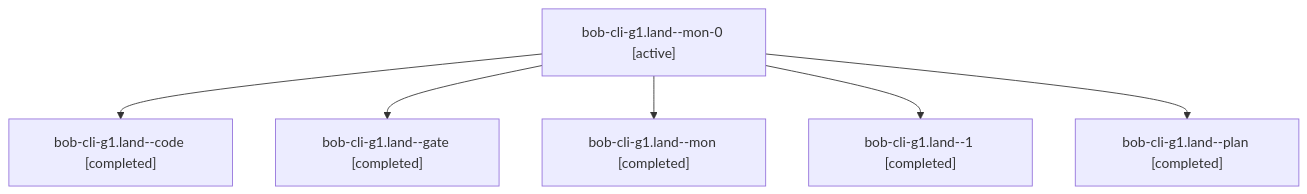
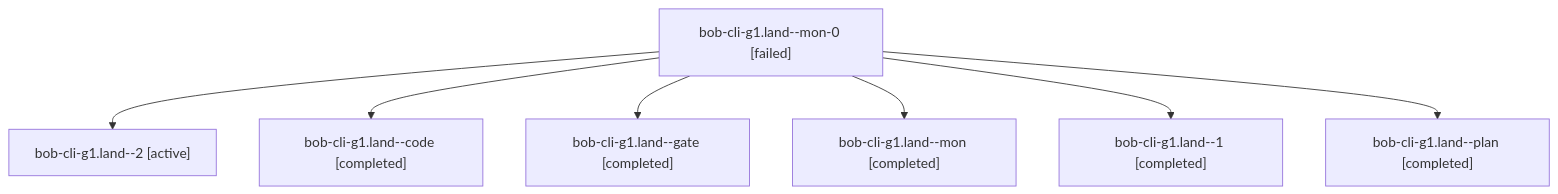
One commit to bobs-org/bob-cli--agents changed the diagram in sessions/bbugyi200.athena.bob-cli-g1.land.md. Above: the diagram before and after it, drawn with Mermaid. The commit also changed other lines of this file and 25 other files, not shown here.

````diff
--- a/sessions/bbugyi200.athena.bob-cli-g1.land.md
+++ b/sessions/bbugyi200.athena.bob-cli-g1.land.md
@@ -9,14 +9,16 @@
 ```mermaid
 flowchart TD
-  n0["bob-cli-g1.land--mon-0 [active]"]
-  n1["bob-cli-g1.land--code [completed]"]
+  n0["bob-cli-g1.land--mon-0 [failed]"]
+  n1["bob-cli-g1.land--2 [active]"]
   n0 --> n1
-  n2["bob-cli-g1.land--gate [completed]"]
+  n2["bob-cli-g1.land--code [completed]"]
   n0 --> n2
-  n3["bob-cli-g1.land--mon [completed]"]
+  n3["bob-cli-g1.land--gate [completed]"]
   n0 --> n3
-  n4["bob-cli-g1.land--1 [completed]"]
+  n4["bob-cli-g1.land--mon [completed]"]
   n0 --> n4
-  n5["bob-cli-g1.land--plan [completed]"]
+  n5["bob-cli-g1.land--1 [completed]"]
   n0 --> n5
+  n6["bob-cli-g1.land--plan [completed]"]
+  n0 --> n6
 ```
````
